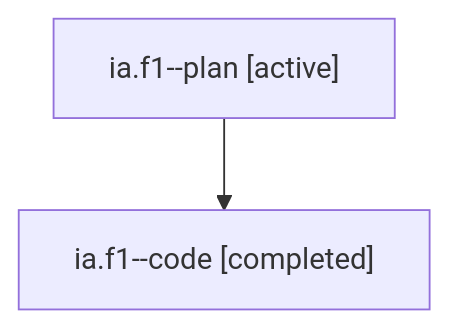
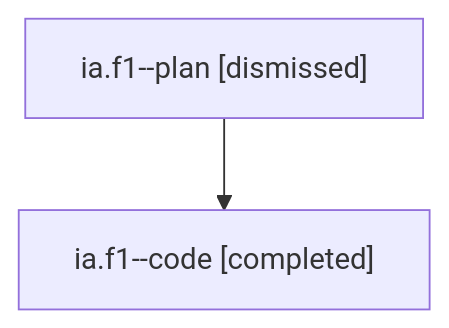
The diagram in sessions/bbugyi200.athena.ia.f1.md (sase-org/sase--agents), drawn with Mermaid before and after one commit. The commit also changed other lines of this file and 33 other files, not shown here.

````diff
--- a/sessions/bbugyi200.athena.ia.f1.md
+++ b/sessions/bbugyi200.athena.ia.f1.md
@@ -9,6 +9,6 @@
 ```mermaid
 flowchart TD
-  n0["ia.f1--plan [active]"]
+  n0["ia.f1--plan [dismissed]"]
   n1["ia.f1--code [completed]"]
   n0 --> n1
 ```
````
